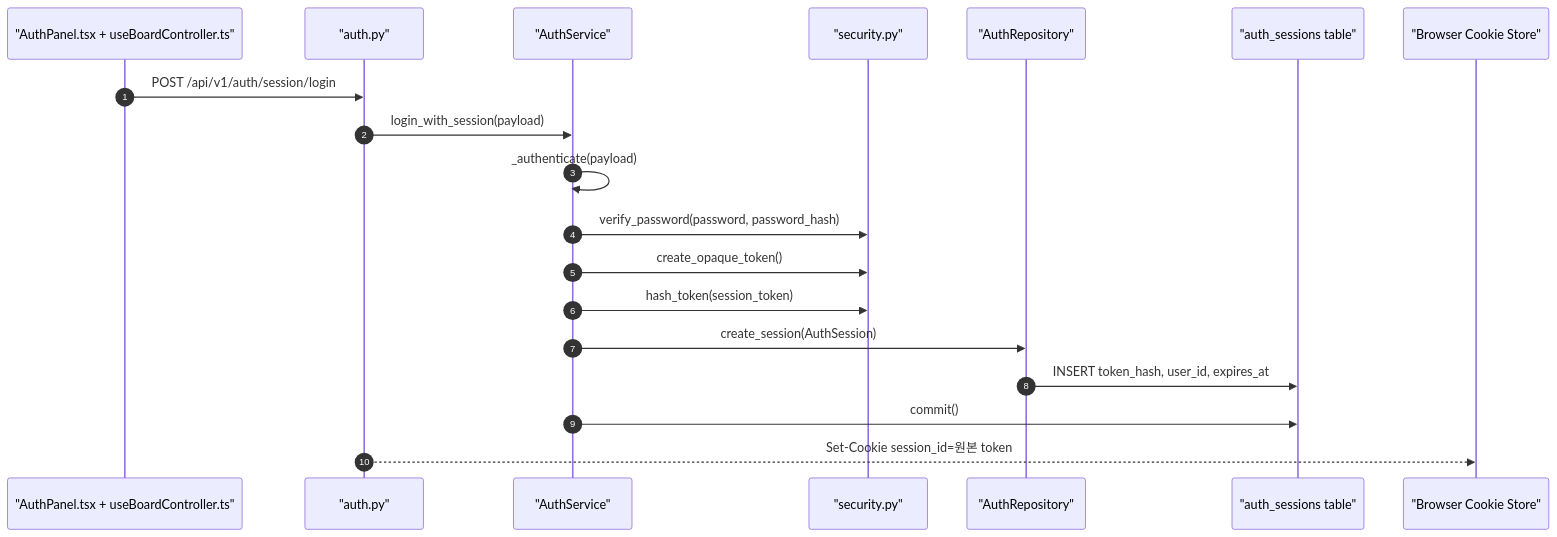
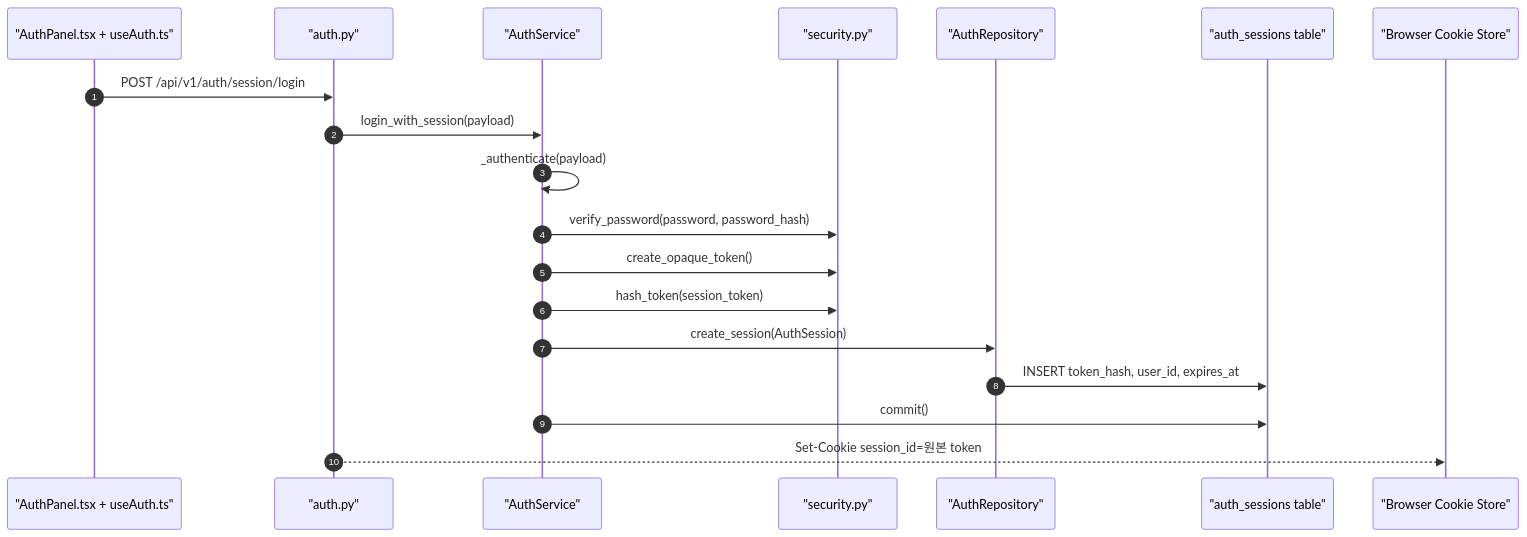
Before and after one commit to JUNGLE-TEAM1/W16_team_sprint: the fifth of 10 diagrams in docs2/sprint-2/implementation-record.md, drawn with Mermaid. The commit also changed other lines of this file and 7 other files, not shown here.

````diff
--- a/docs2/sprint-2/implementation-record.md
+++ b/docs2/sprint-2/implementation-record.md
@@ -293,22 +325,22 @@
 ```mermaid
 sequenceDiagram
     autonumber
-    participant UI as "AuthPanel.tsx + useBoardController.ts"
+    participant UI as "AuthPanel.tsx + useAuth.ts"
     participant AuthAPI as "auth.py"
     participant Service as "AuthService"
     participant Security as "security.py"
     participant AuthRepo as "AuthRepository"
     participant DB as "auth_sessions table"
     participant Browser as "Browser Cookie Store"
 
     UI->>AuthAPI: POST /api/v1/auth/session/login
     AuthAPI->>Service: login_with_session(payload)
     Service->>Service: _authenticate(payload)
     Service->>Security: verify_password(password, password_hash)
     Service->>Security: create_opaque_token()
     Service->>Security: hash_token(session_token)
     Service->>AuthRepo: create_session(AuthSession)
     AuthRepo->>DB: INSERT token_hash, user_id, expires_at
     Service->>DB: commit()
     AuthAPI-->>Browser: Set-Cookie session_id=원본 token
 ```
````
